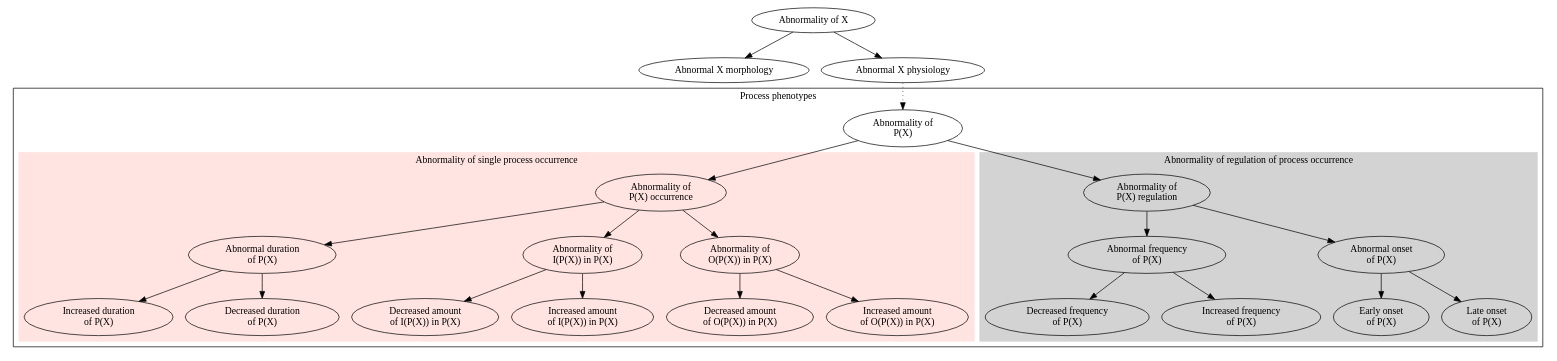
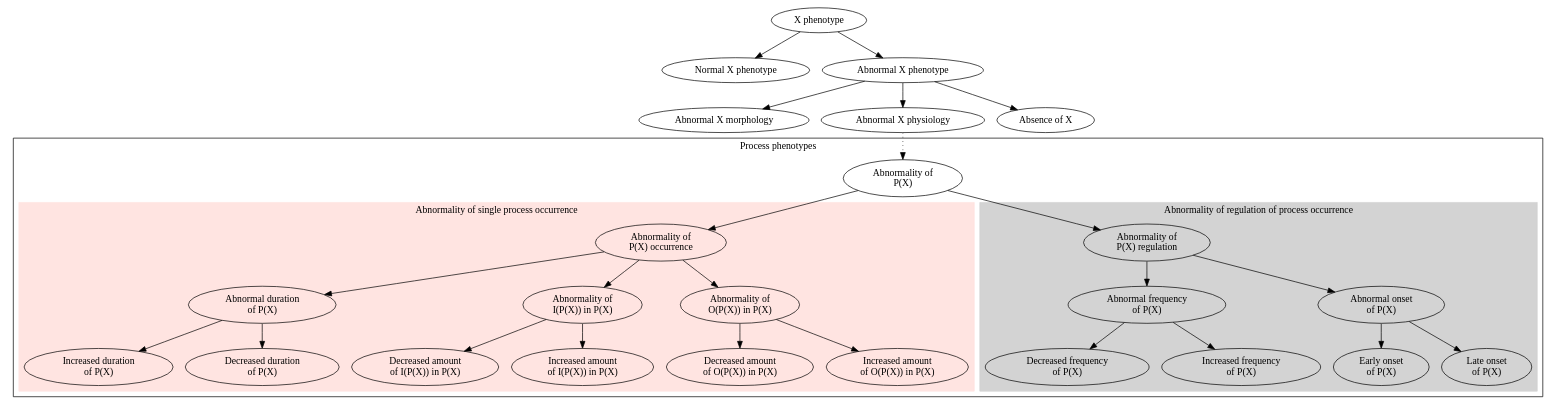
One commit to bio-ontology-research-group/cell-phenotype changed the diagram in paper/overview.dot. Above: the diagram before and after it, drawn with Graphviz. The commit also changed 1 other file, not shown here.

```diff
--- a/paper/overview.dot
+++ b/paper/overview.dot
@@ -1,39 +1,42 @@
-digraph overview{
-	"Abnormality of X" -> "Abnormal X morphology";
-	"Abnormality of X" -> "Abnormal X physiology";
+digraph overview {
+	"X phenotype" -> "Normal X phenotype";
+	"X phenotype" -> "Abnormal X phenotype";
+	"Abnormal X phenotype" -> "Abnormal X morphology";
+	"Abnormal X phenotype" -> "Abnormal X physiology";
+	"Abnormal X phenotype" -> "Absence of X";
 	edge[style=dotted];
 	"Abnormal X physiology" -> "Abnormality of\nP(X)";
 	edge[style=""];
 	 subgraph cluster1 {
 	 label="Process phenotypes";
 	 clusterrank="local";
 	 "Abnormality of\nP(X)" -> "Abnormality of\n P(X) occurrence";
 	 "Abnormality of\nP(X)" -> "Abnormality of\n P(X) regulation";
 	 subgraph cluster2 {
 	 style=filled;
 	 color=mistyrose;
 	 label="Abnormality of single process occurrence";
 	 clusterrank="local";
 	 "Abnormality of\n P(X) occurrence" -> "Abnormal duration\n of P(X)";
 	 "Abnormal duration\n of P(X)" -> "Increased duration\n of P(X)";
 	 "Abnormal duration\n of P(X)" -> "Decreased duration\n of P(X)";
 	 "Abnormality of\n P(X) occurrence" -> "Abnormality of\nI(P(X)) in P(X)";
 	 "Abnormality of\nI(P(X)) in P(X)" -> "Decreased amount\n of I(P(X)) in P(X)";
 	 "Abnormality of\nI(P(X)) in P(X)" -> "Increased amount\n of I(P(X)) in P(X)";
 	 "Abnormality of\n P(X) occurrence" -> "Abnormality of\nO(P(X)) in P(X)";
 	 "Abnormality of\nO(P(X)) in P(X)" -> "Decreased amount\n of O(P(X)) in P(X)";
 	 "Abnormality of\nO(P(X)) in P(X)" -> "Increased amount\n of O(P(X)) in P(X)";
 	 }
 	 subgraph cluster3 {
 	 style=filled;
 	 color=lightgray;
 	 label="Abnormality of regulation of process occurrence";
 	 "Abnormality of\n P(X) regulation" -> "Abnormal frequency\n of P(X)";
 	 "Abnormal frequency\n of P(X)" -> "Decreased frequency\n of P(X)";
 	 "Abnormal frequency\n of P(X)" -> "Increased frequency\n of P(X)";
 	 "Abnormality of\n P(X) regulation" -> "Abnormal onset\n of P(X)";
 	 "Abnormal onset\n of P(X)" -> "Early onset\n of P(X)";
 	 "Abnormal onset\n of P(X)" -> "Late onset\n of P(X)";
 	 }
 	 }
 }
```
